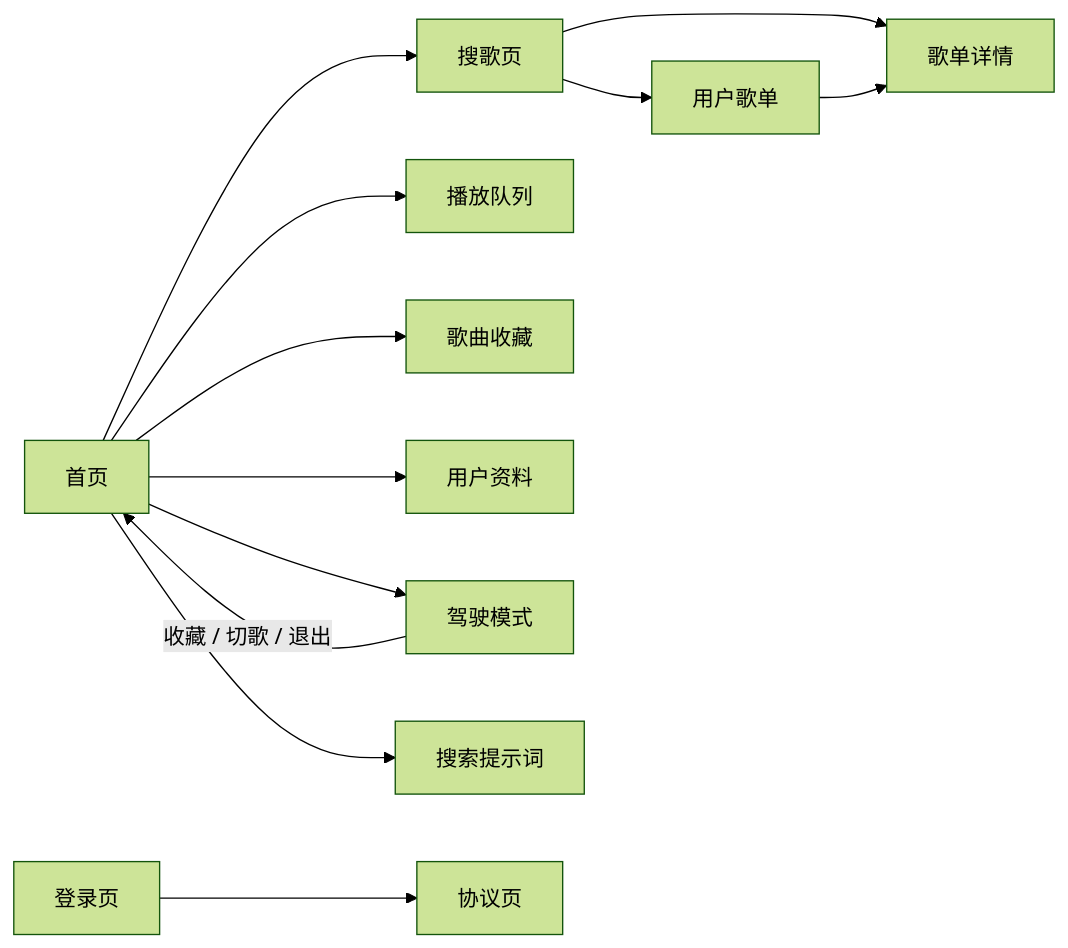
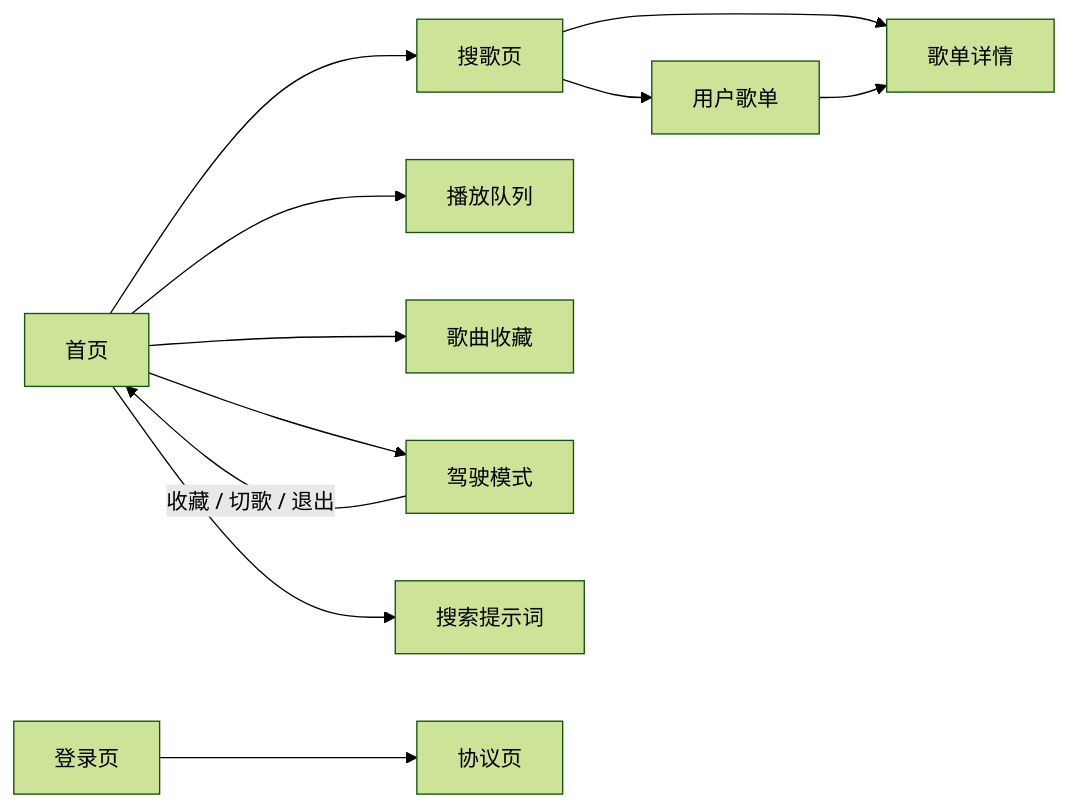
The second of 2 diagrams in docs/code-wiki/06-依赖关系.md (Neveryu/miniprogram-music), drawn with Mermaid (forest theme) before and after one commit. The commit also changed other lines of this file and 53 other files, not shown here.

````diff
--- a/docs/code-wiki/06-依赖关系.md
+++ b/docs/code-wiki/06-依赖关系.md
@@ -38,14 +38,13 @@
 ```mermaid
 flowchart LR
     INDEX[首页] --> SELECTSONG[搜歌页]
     INDEX --> PLAYING[播放队列]
     INDEX --> MYSONG[歌曲收藏]
-    INDEX --> USEREDIT[用户资料]
     INDEX --> CARMODE[驾驶模式]
     INDEX --> PROMPTS[搜索提示词]
     LOGIN[登录页] --> AGREEMENT[协议页]
     SELECTSONG --> USERPLAYLISTS[用户歌单]
     SELECTSONG --> PLAYLIST[歌单详情]
     USERPLAYLISTS --> PLAYLIST
     CARMODE -- 收藏 / 切歌 / 退出 --> INDEX
 ```
````
